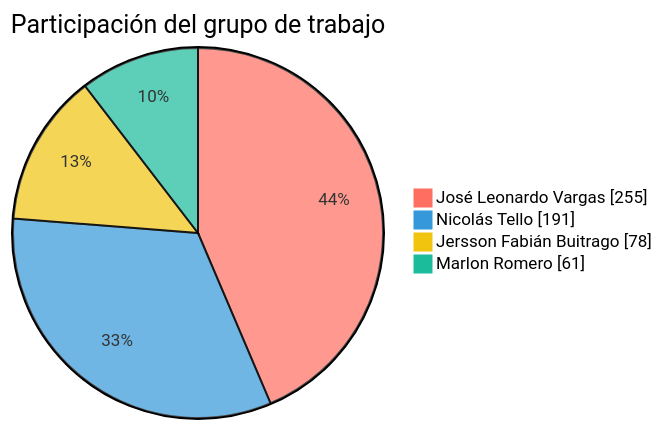
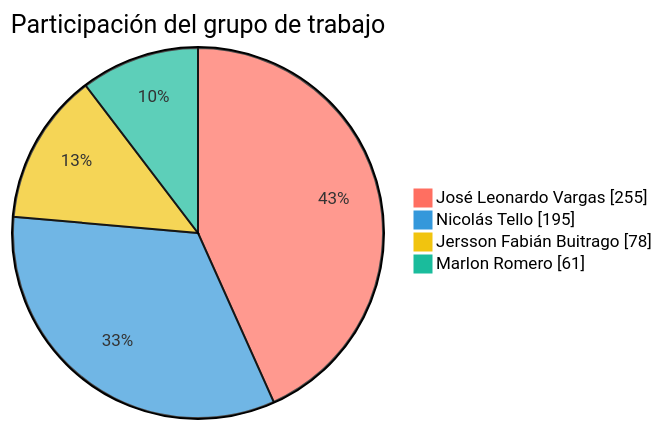
The first of 2 diagrams in README.md (FarmaExpres/FarmaExpres), drawn with Mermaid before and after one commit. The commit also changed other lines of this file and 1 other file, not shown here.

````diff
--- a/README.md
+++ b/README.md
@@ -389,9 +389,9 @@
 ```mermaid
 %%{init: {"themeVariables": {"pie1": "#ff6f61", "pie2": "#3498db", "pie3": "#f1c40f", "pie4": "#1abc9c", "pieLabelColor": "#000000", "pieLabelFontSize": "24px", "pieLabelFontWeight": "700"}}}%%
 pie showData
     title Participación del grupo de trabajo
     "José Leonardo Vargas" : 255
-    "Nicolás Tello" : 191
+    "Nicolás Tello" : 195
     "Jersson Fabián Buitrago" : 78
     "Marlon Romero" : 61
 ```
````
